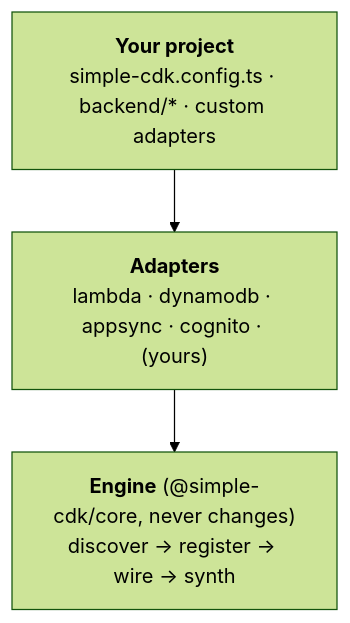
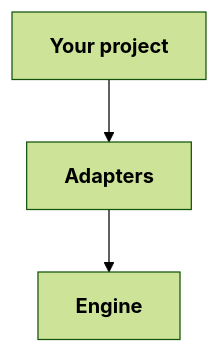
Before and after one commit to pujaaan/simple-cdk: the first of 2 diagrams in docs/Architecture.md, drawn with Mermaid (forest theme). The commit also changed other lines of this file and 6 other files, not shown here.

First line of the commit message:
feat(cli): add init command, lead docs with it, fix diagram overflow

````diff
--- a/docs/Architecture.md
+++ b/docs/Architecture.md
@@ -5,7 +5,7 @@
 ```mermaid
 flowchart TB
-  P["<b>Your project</b><br/>simple-cdk.config.ts · backend/* · custom adapters"]
-  A["<b>Adapters</b><br/>lambda · dynamodb · appsync · cognito · (yours)"]
-  E["<b>Engine</b> (@simple-cdk/core, never changes)<br/>discover → register → wire → synth"]
+  P["<b>Your project</b>"]
+  A["<b>Adapters</b>"]
+  E["<b>Engine</b>"]
   P --> A --> E
 ```
````
